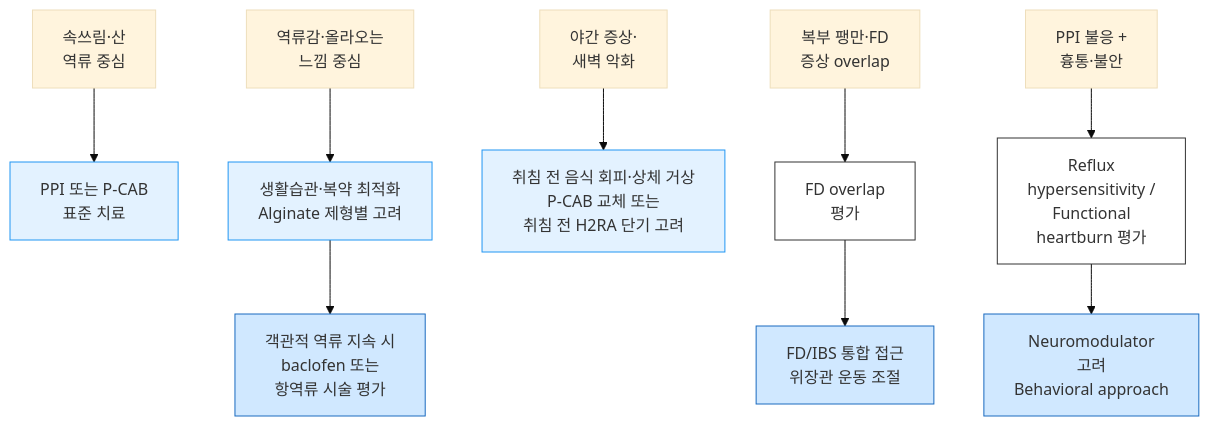
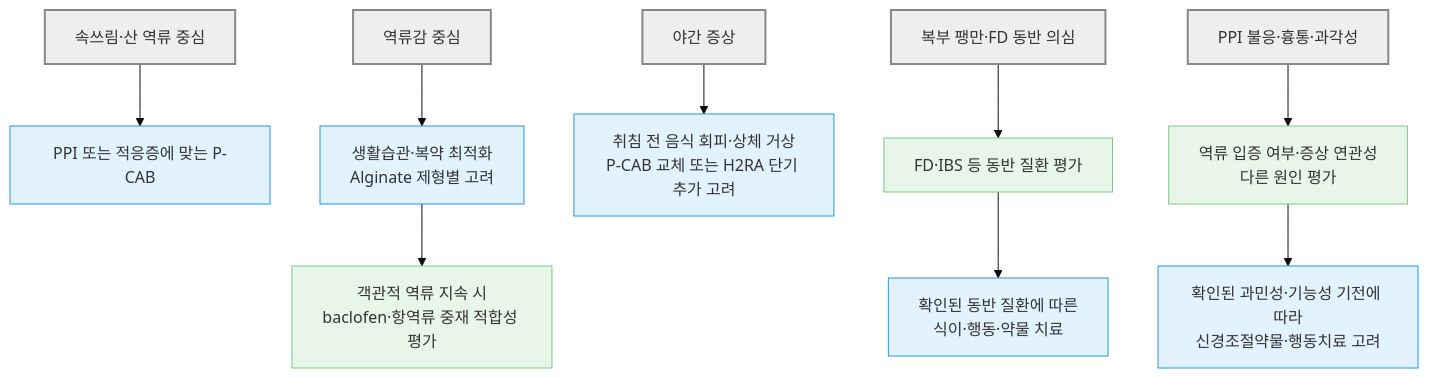
The third of 5 diagrams in 224_/081_-gerd.md (familyoh77/familyoh77), drawn with Mermaid (base theme) before and after one commit. The commit also changed other lines of this file and 4 other files, not shown here.

````diff
--- a/224_/081_-gerd.md
+++ b/224_/081_-gerd.md
@@ -287,25 +281,20 @@
 ```mermaid
-graph TD
+flowchart TD
+    B["속쓰림·산 역류 중심"] --> G["PPI 또는 적응증에 맞는 P-CAB"]
+    C["역류감 중심"] --> H["생활습관·복약 최적화<br/>Alginate 제형별 고려"]
+    H --> I["객관적 역류 지속 시<br/>baclofen·항역류 중재 적합성 평가"]
+    D["야간 증상"] --> J["취침 전 음식 회피·상체 거상<br/>P-CAB 교체 또는 H2RA 단기 추가 고려"]
+    E["복부 팽만·FD 동반 의심"] --> L["FD·IBS 등 동반 질환 평가"]
+    L --> M["확인된 동반 질환에 따른<br/>식이·행동·약물 치료"]
+    F["PPI 불응·흉통·과각성"] --> N["역류 입증 여부·증상 연관성<br/>다른 원인 평가"]
+    N --> O["확인된 과민성·기능성 기전에 따라<br/>신경조절약물·행동치료 고려"]
 
-    B["속쓰림·산 <br/>역류 중심"]
-    C["역류감·올라오는<br/> 느낌 중심"]
-    D["야간 증상·<br/>새벽 악화"]
-    E["복부 팽만·FD <br/>증상 overlap"]
-    F["PPI 불응 + <br/>흉통·불안"]
-    B --> G["PPI 또는 P-CAB<br/>표준 치료"]
-    C --> H["생활습관·복약 최적화<br/>Alginate 제형별 고려"]
-    H --> I["객관적 역류 지속 시<br/>baclofen 또는<br/>항역류 시술 평가"]
-    D --> J["취침 전 음식 회피·상체 거상<br/>P-CAB 교체 또는<br/>취침 전 H2RA 단기 고려"]
-    E --> L["FD overlap <br/>평가"]
-    L --> M["FD/IBS 통합 접근<br/>위장관 운동 조절"]
-    F --> N["Reflux <br/>hypersensitivity /<br/>Functional <br/>heartburn 평가"]
-    N --> O["Neuromodulator <br/>고려<br/>Behavioral approach"]
-
-
-classDef sky fill:#e3f2ff,stroke:#2196f3
-class G,H,J sky
-classDef blue fill:#d0e8ff,stroke:#1a6abf
-class M,I,O blue
-classDef white fill:#fff,stroke:#333
-class L,N white
+    classDef neutral fill:#eeeeee,stroke:#888888,stroke-width:2px
+    classDef question fill:#fff9c4,stroke:#ffe082
+    classDef test fill:#e8f5e9,stroke:#81c784
+    classDef treatment fill:#e3f2ff,stroke:#2196f3
+    classDef next fill:#e8eaf6,stroke:#9fa8da
+    class B,C,D,E,F neutral
+    class G,H,J,M,O treatment
+    class L,N,I test
 ```
````
